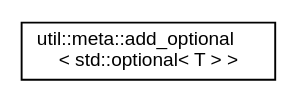
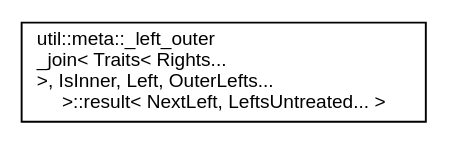
The diagram in inherit_graph_68.dot (AndreasLrx/ecstasy), drawn with Graphviz before and after one commit. The commit also changed 341 other files, not shown here.

```diff
--- a/inherit_graph_68.dot
+++ b/inherit_graph_68.dot
@@ -1,8 +1,8 @@
 digraph "Graphical Class Hierarchy"
 {
  // LATEX_PDF_SIZE
   edge [fontname="Helvetica",fontsize="10",labelfontname="Helvetica",labelfontsize="10"];
   node [fontname="Helvetica",fontsize="10",shape=record];
   rankdir="LR";
-  Node0 [label="util::meta::add_optional\l\< std::optional\< T \> \>",height=0.2,width=0.4,color="black", fillcolor="white", style="filled",URL="$structutil_1_1meta_1_1add__optional_3_01std_1_1optional_3_01_t_01_4_01_4.html",tooltip="Add optional to a type if required."];
+  Node0 [label="util::meta::_left_outer\l_join\< Traits\< Rights...\l \>, IsInner, Left, OuterLefts...\l \>::result\< NextLeft, LeftsUntreated... \>",height=0.2,width=0.4,color="black", fillcolor="white", style="filled",URL="$structutil_1_1meta_1_1__left__outer__join_3_01_traits_3_01_rights_8_8_8_01_4_00_01_is_inner_00_0e4c618fb3b7be1c193ef63fbe4938be5.html",tooltip="Resulting type of the outer join."];
 }
```
